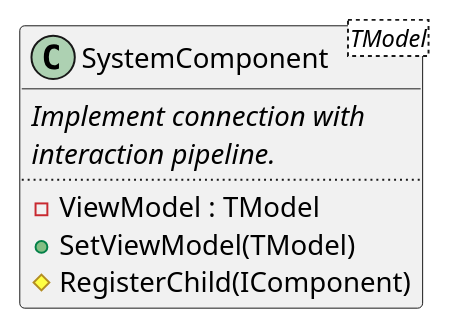
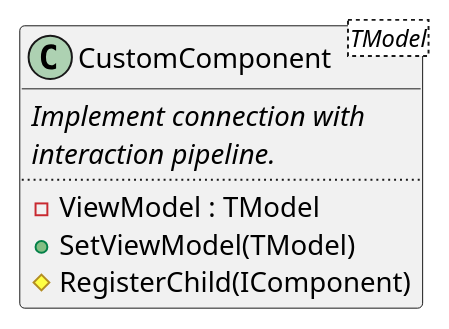
The sixth of 6 diagrams in docs/diagrams.puml (akobr/blazor.widgetised), drawn with PlantUML before and after one commit. The commit also changed other lines of this file and 4 other files, not shown here.

```diff
--- a/docs/diagrams.puml
+++ b/docs/diagrams.puml
@@ -146,12 +162,12 @@
 @startuml component-system
 
-class SystemComponent<TModel> {
+class CustomComponent<TModel> {
     <i>Implement connection with</i>
     <i>interaction pipeline.</i>
     ..
     -ViewModel : TModel
     +SetViewModel(TModel)
     #RegisterChild(IComponent)
 }
 
 @enduml
```
